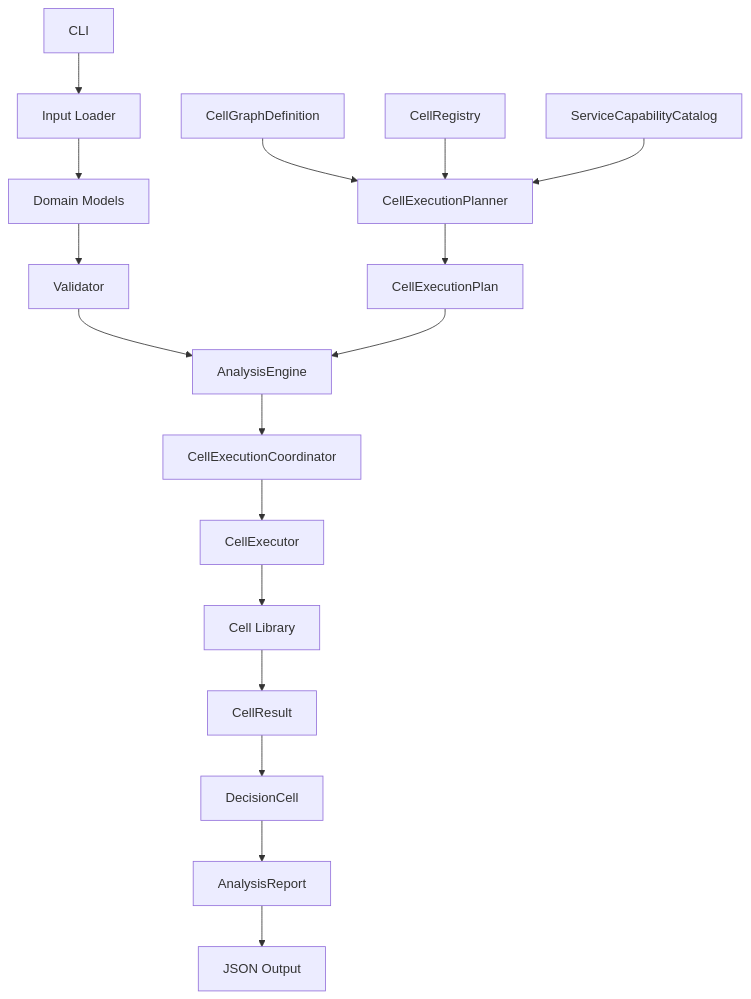
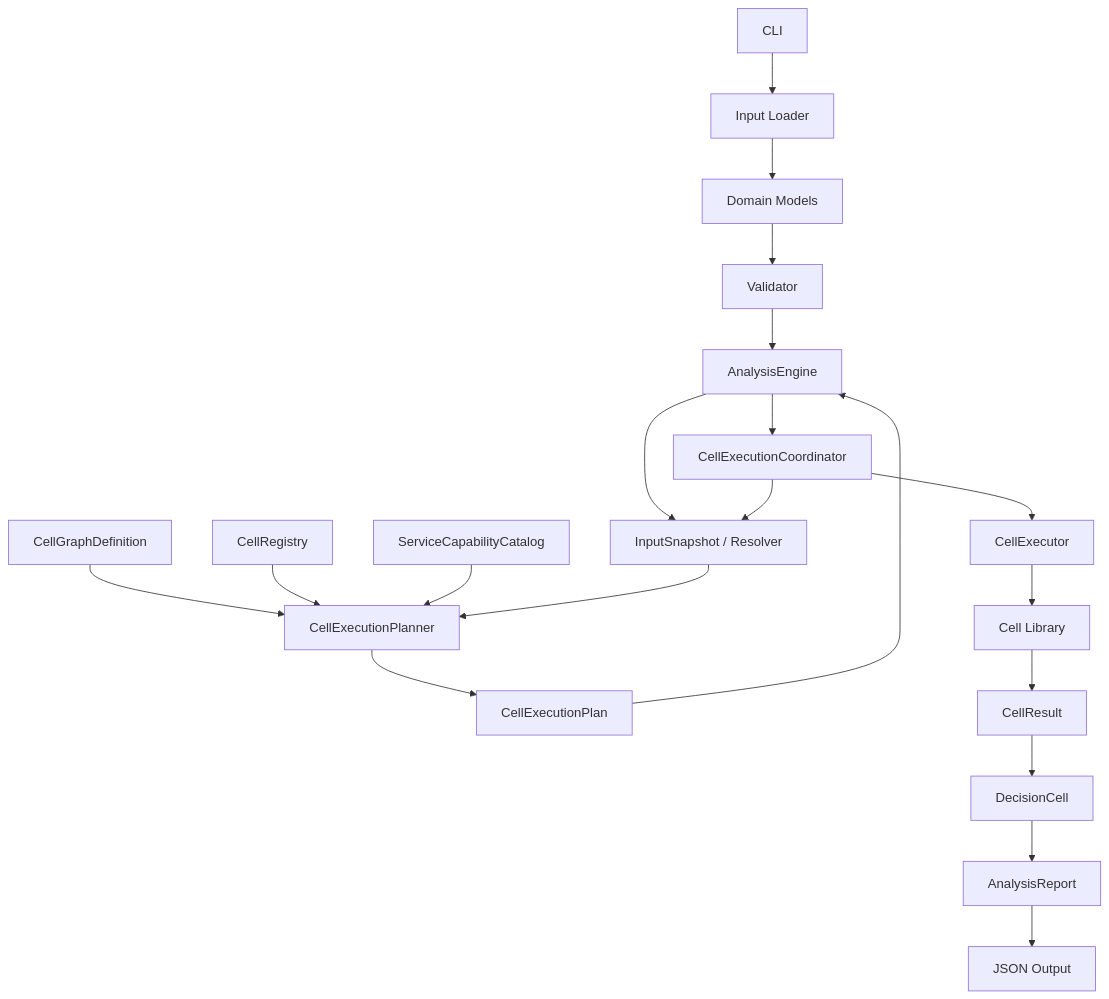
Before and after one commit to ModWU/market-cell: the first of 2 diagrams in docs/backend_design.md, drawn with Mermaid. The commit also changed other lines of this file and 42 other files, not shown here.

````diff
--- a/docs/backend_design.md
+++ b/docs/backend_design.md
@@ -25,19 +25,22 @@
 ```mermaid
 flowchart TD
     CLI["CLI"] --> Loader["Input Loader"]
     Loader --> Models["Domain Models"]
     Models --> Validator["Validator"]
     Validator --> Engine["AnalysisEngine"]
+    Engine --> Inputs["InputSnapshot / Resolver"]
     Graph["CellGraphDefinition"] --> Planner["CellExecutionPlanner"]
     Registry["CellRegistry"] --> Planner
     Catalog["ServiceCapabilityCatalog"] --> Planner
+    Inputs --> Planner
     Planner --> Plan["CellExecutionPlan"]
     Plan --> Engine
     Engine --> Coordinator["CellExecutionCoordinator"]
+    Coordinator --> Inputs
     Coordinator --> Executor["CellExecutor"]
     Executor --> Cells["Cell Library"]
     Cells --> Results["CellResult"]
     Results --> Decision["DecisionCell"]
     Decision --> Report["AnalysisReport"]
     Report --> Output["JSON Output"]
 ```
````
